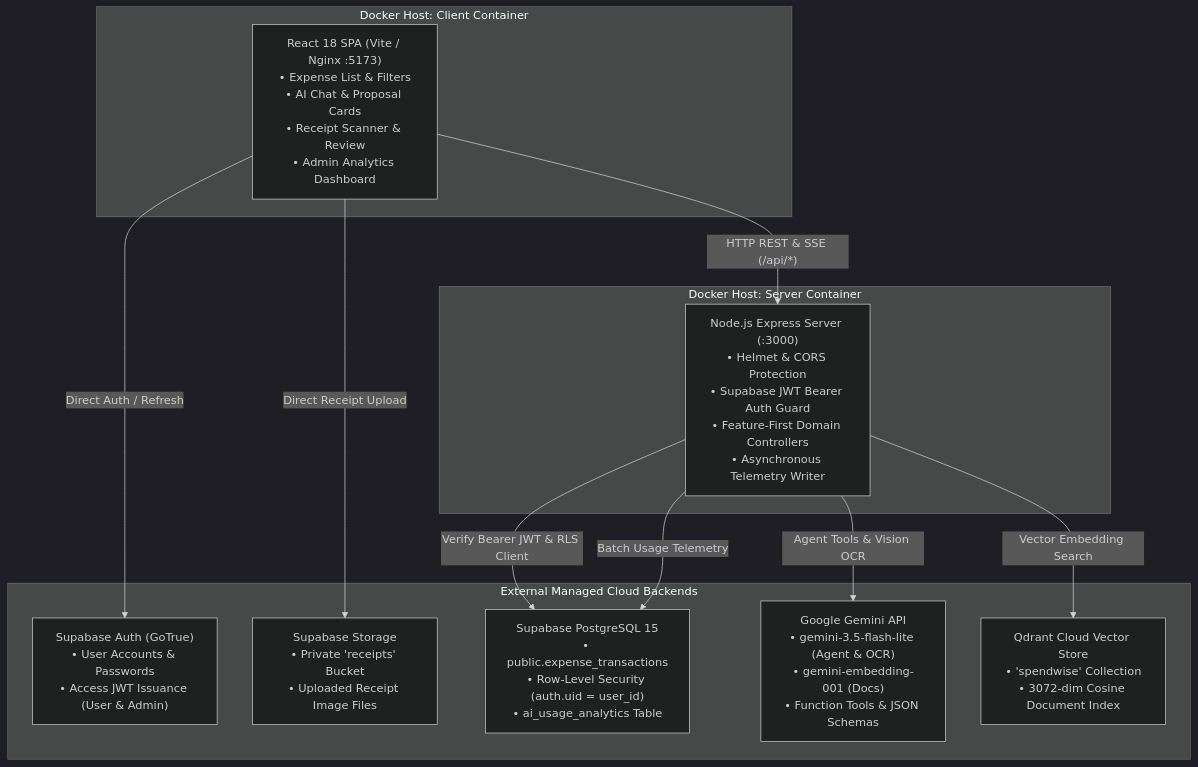
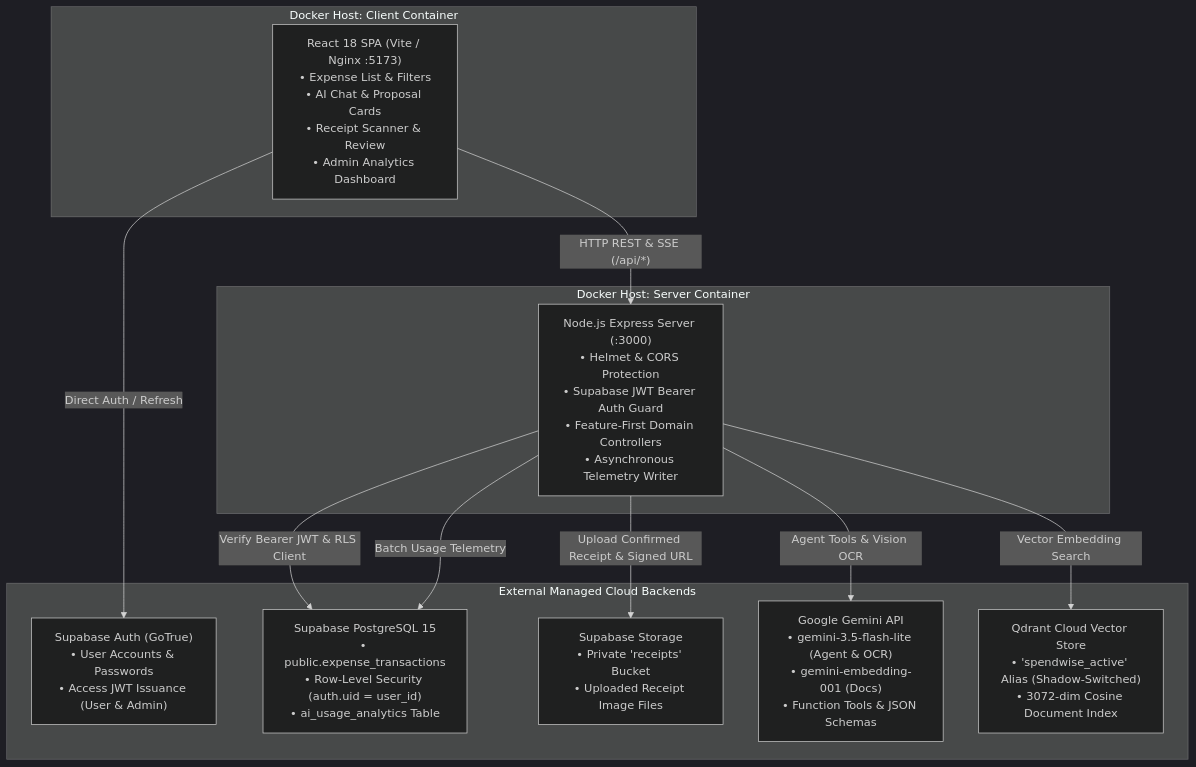
Before and after one commit to PhongUTE19/MTSE_Final: the first of 2 diagrams in docs/academic/architecture.md, drawn with Mermaid (dark theme). The commit also changed other lines of this file and 65 other files, not shown here.

````diff
--- a/docs/academic/architecture.md
+++ b/docs/academic/architecture.md
@@ -34,27 +34,27 @@
 ```mermaid
 flowchart TB
     subgraph ClientHost ["Docker Host: Client Container"]
         ClientUI["React 18 SPA (Vite / Nginx :5173)\n• Expense List & Filters\n• AI Chat & Proposal Cards\n• Receipt Scanner & Review\n• Admin Analytics Dashboard"]
     end
 
     subgraph ServerHost ["Docker Host: Server Container"]
         ExpressApp["Node.js Express Server (:3000)\n• Helmet & CORS Protection\n• Supabase JWT Bearer Auth Guard\n• Feature-First Domain Controllers\n• Asynchronous Telemetry Writer"]
     end
 
     subgraph CloudServices ["External Managed Cloud Backends"]
         SupabaseAuth["Supabase Auth (GoTrue)\n• User Accounts & Passwords\n• Access JWT Issuance (User & Admin)"]
         SupabaseDB["Supabase PostgreSQL 15\n• public.expense_transactions\n• Row-Level Security (auth.uid = user_id)\n• ai_usage_analytics Table"]
         SupabaseStorage["Supabase Storage\n• Private 'receipts' Bucket\n• Uploaded Receipt Image Files"]
         GeminiAPI["Google Gemini API\n• gemini-3.5-flash-lite (Agent & OCR)\n• gemini-embedding-001 (Docs)\n• Function Tools & JSON Schemas"]
-        QdrantCloud["Qdrant Cloud Vector Store\n• 'spendwise' Collection\n• 3072-dim Cosine Document Index"]
+        QdrantCloud["Qdrant Cloud Vector Store\n• 'spendwise_active' Alias (Shadow-Switched)\n• 3072-dim Cosine Document Index"]
     end
 
     ClientUI -- "Direct Auth / Refresh" --> SupabaseAuth
-    ClientUI -- "Direct Receipt Upload" --> SupabaseStorage
     ClientUI -- "HTTP REST & SSE (/api/*)" --> ExpressApp
 
     ExpressApp -- "Verify Bearer JWT & RLS Client" --> SupabaseDB
+    ExpressApp -- "Upload Confirmed Receipt & Signed URL" --> SupabaseStorage
     ExpressApp -- "Batch Usage Telemetry" --> SupabaseDB
     ExpressApp -- "Agent Tools & Vision OCR" --> GeminiAPI
     ExpressApp -- "Vector Embedding Search" --> QdrantCloud
 ```
````
